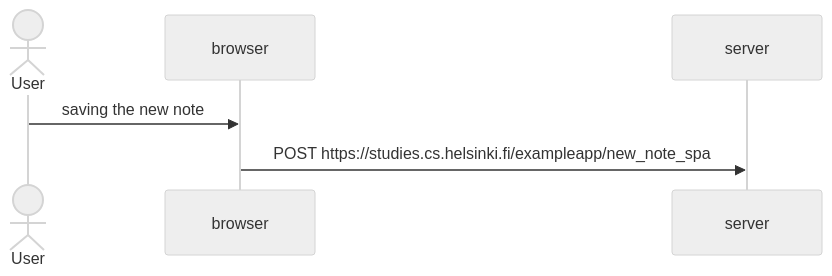
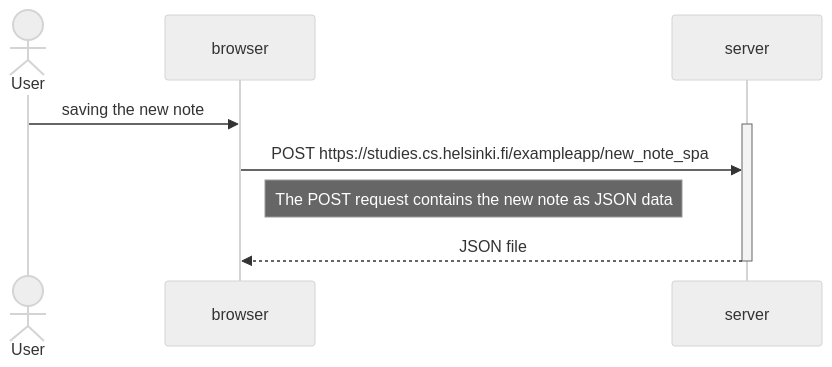
One commit to lumuellelumelay/full_stack_open changed the third of 3 diagrams in README.md. Above: the diagram before and after it, drawn with Mermaid (neutral theme). The commit also changed other lines of this file, not shown here.

Commit message:
README.md

````diff
--- a/README.md
+++ b/README.md
@@ -66,10 +66,17 @@
 ```mermaid
 sequenceDiagram
     actor User
     participant browser
     participant server
 
     User->>browser: saving the new note
-    %%activate browser%%
+
+    activate server
     browser->>server: POST https://studies.cs.helsinki.fi/exampleapp/new_note_spa
+
+    Note right of browser: The POST request contains the new note as JSON data
+
+    server-->>browser: JSON file
+    deactivate server
+    
 ```
````
